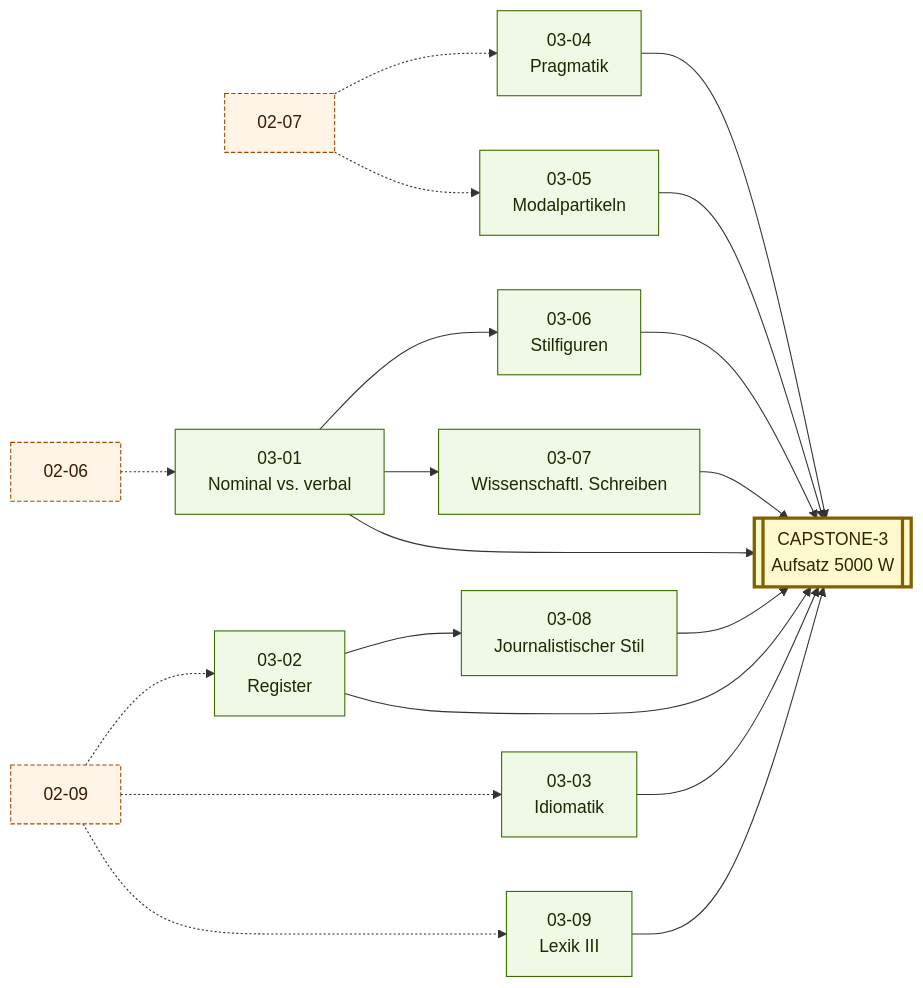
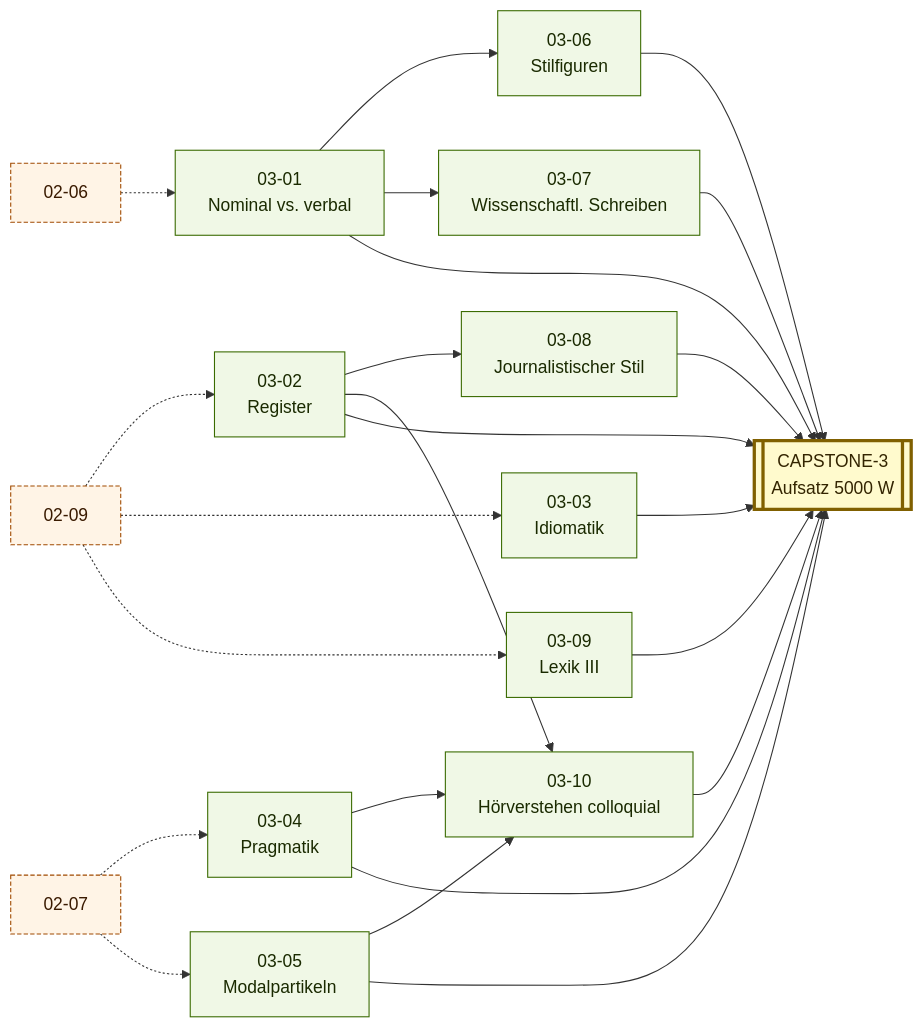
One commit to NicolasDeNigris91/Deutly changed the fourth of 11 diagrams in framework/00-meta/DAG.md. Above: the diagram before and after it, drawn with Mermaid. The commit also changed other lines of this file and 25 other files, not shown here.

````diff
--- a/framework/00-meta/DAG.md
+++ b/framework/00-meta/DAG.md
@@ -136,42 +141,47 @@
 ```mermaid
 flowchart LR
     classDef base fill:#f0f8e6,stroke:#3a6b00,color:#1a2a00
     classDef cross fill:#fff4e6,stroke:#a04a00,color:#3a1a00,stroke-dasharray: 4 2
     classDef capstone fill:#fffacd,stroke:#806000,color:#332400,stroke-width:3px
 
     S2_0206["02-06"]:::cross
     S2_0207["02-07"]:::cross
     S2_0209["02-09"]:::cross
 
     M0301["03-01<br/>Nominal vs. verbal"]:::base
     M0302["03-02<br/>Register"]:::base
     M0303["03-03<br/>Idiomatik"]:::base
     M0304["03-04<br/>Pragmatik"]:::base
     M0305["03-05<br/>Modalpartikeln"]:::base
     M0306["03-06<br/>Stilfiguren"]:::base
     M0307["03-07<br/>Wissenschaftl. Schreiben"]:::base
     M0308["03-08<br/>Journalistischer Stil"]:::base
     M0309["03-09<br/>Lexik III"]:::base
+    M0310["03-10<br/>Hörverstehen colloquial"]:::base
     C3[["CAPSTONE-3<br/>Aufsatz 5000 W"]]:::capstone
 
     S2_0206 -.-> M0301
     S2_0209 -.-> M0302
     S2_0209 -.-> M0303
     S2_0209 -.-> M0309
     S2_0207 -.-> M0304
     S2_0207 -.-> M0305
 
     M0301 --> M0306
     M0301 --> M0307
     M0302 --> M0308
+    M0302 --> M0310
+    M0304 --> M0310
+    M0305 --> M0310
 
     M0301 --> C3
     M0302 --> C3
     M0303 --> C3
     M0304 --> C3
     M0305 --> C3
     M0306 --> C3
     M0307 --> C3
     M0308 --> C3
     M0309 --> C3
+    M0310 --> C3
 ```
````
